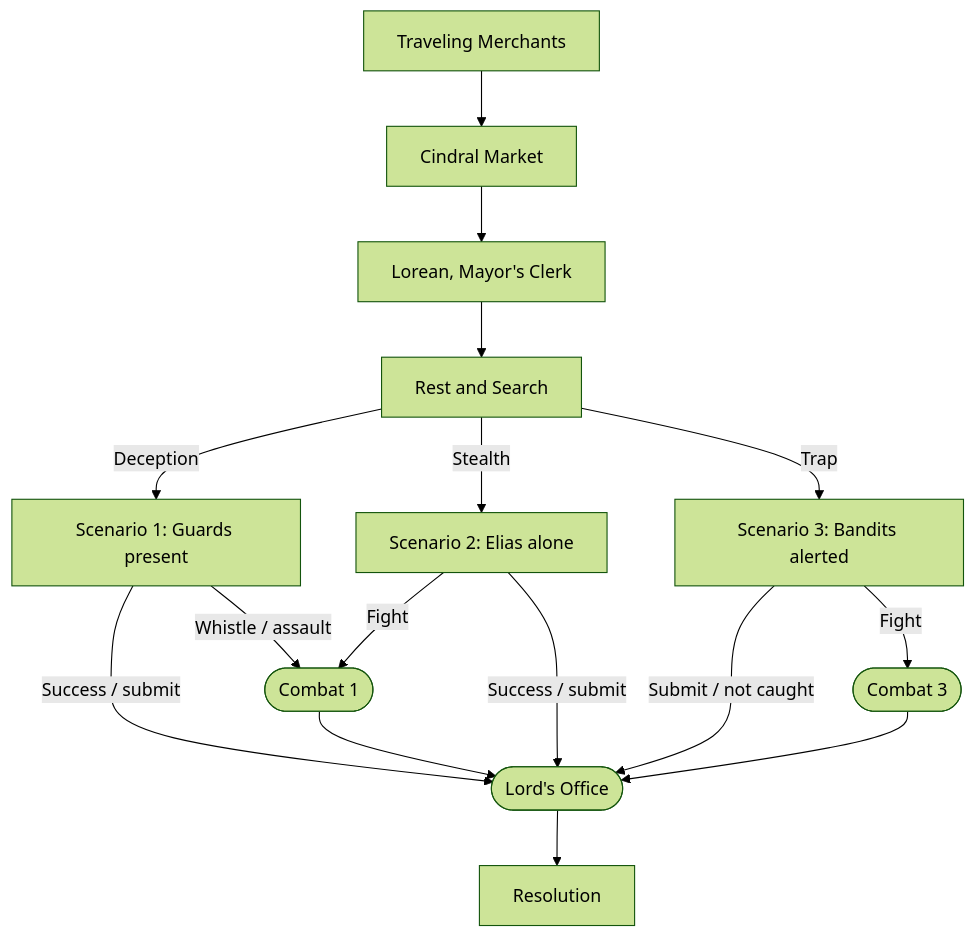
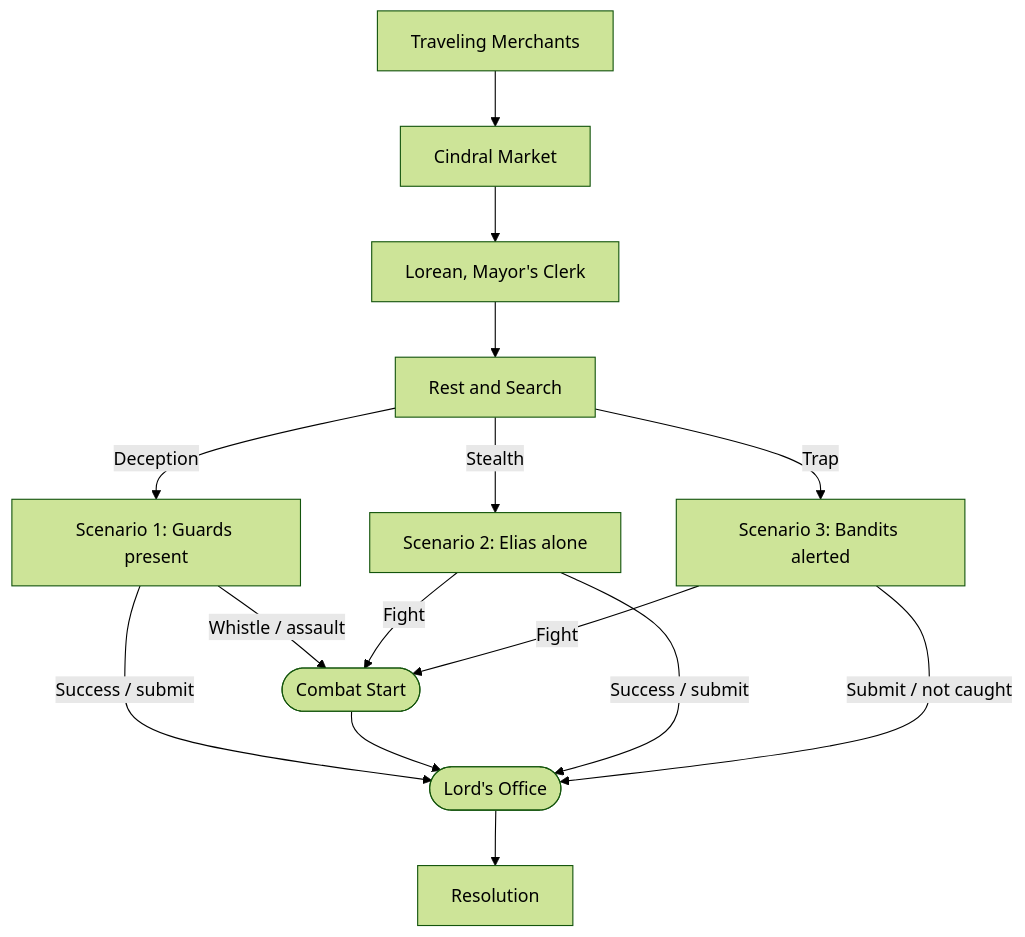
The first of 11 diagrams in Lore/Scenes/Intros/Elias.md (Kitick/Anthro), drawn with Mermaid (forest theme) before and after one commit. The commit also changed other lines of this file, not shown here.

Commit message:
collapsed combat 1 and 3 to one node

````diff
--- a/Lore/Scenes/Intros/Elias.md
+++ b/Lore/Scenes/Intros/Elias.md
@@ -7,23 +7,22 @@
 ```mermaid
 flowchart TD
     Merchants[Traveling Merchants] --> Market[Cindral Market]
     Market --> Lorean[Lorean, Mayor's Clerk]
     Lorean --> Rest[Rest and Search]
 
     Rest -->|Deception| Scenario1[Scenario 1: Guards present]
     Rest -->|Stealth| Scenario2[Scenario 2: Elias alone]
     Rest -->|Trap| Scenario3[Scenario 3: Bandits alerted]
 
-    Scenario1 -->|Whistle / assault| Combat1([Combat 1])
+    Scenario1 -->|Whistle / assault| CombatStart([Combat Start])
     Scenario1 -->|Success / submit| LordOffice([Lord's Office])
-    Combat1 --> LordOffice
+    CombatStart --> LordOffice
 
     Scenario2 -->|Success / submit| LordOffice
-    Scenario2 -->|Fight| Combat1
+    Scenario2 -->|Fight| CombatStart
 
-    Scenario3 -->|Fight| Combat3([Combat 3])
+    Scenario3 -->|Fight| CombatStart
     Scenario3 -->|Submit / not caught| LordOffice
-    Combat3 --> LordOffice
 
     LordOffice --> Resolution[Resolution]
 ```
````
